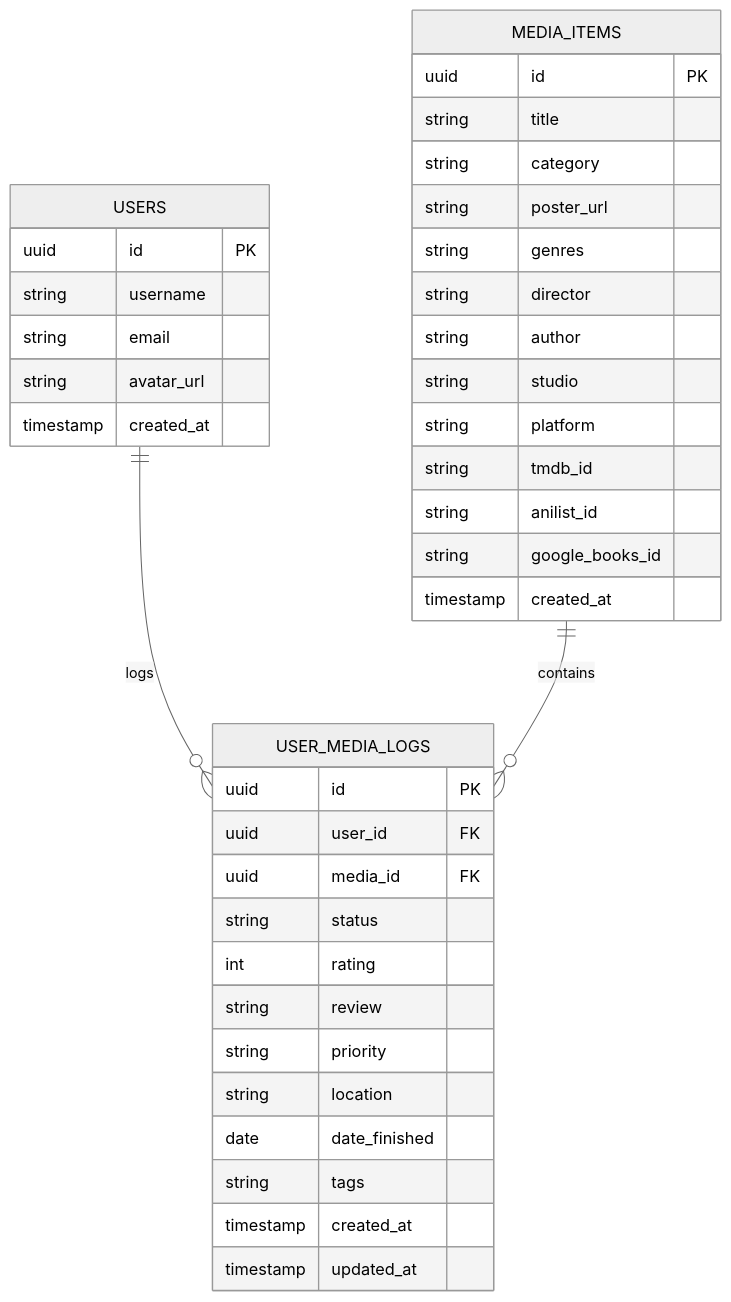
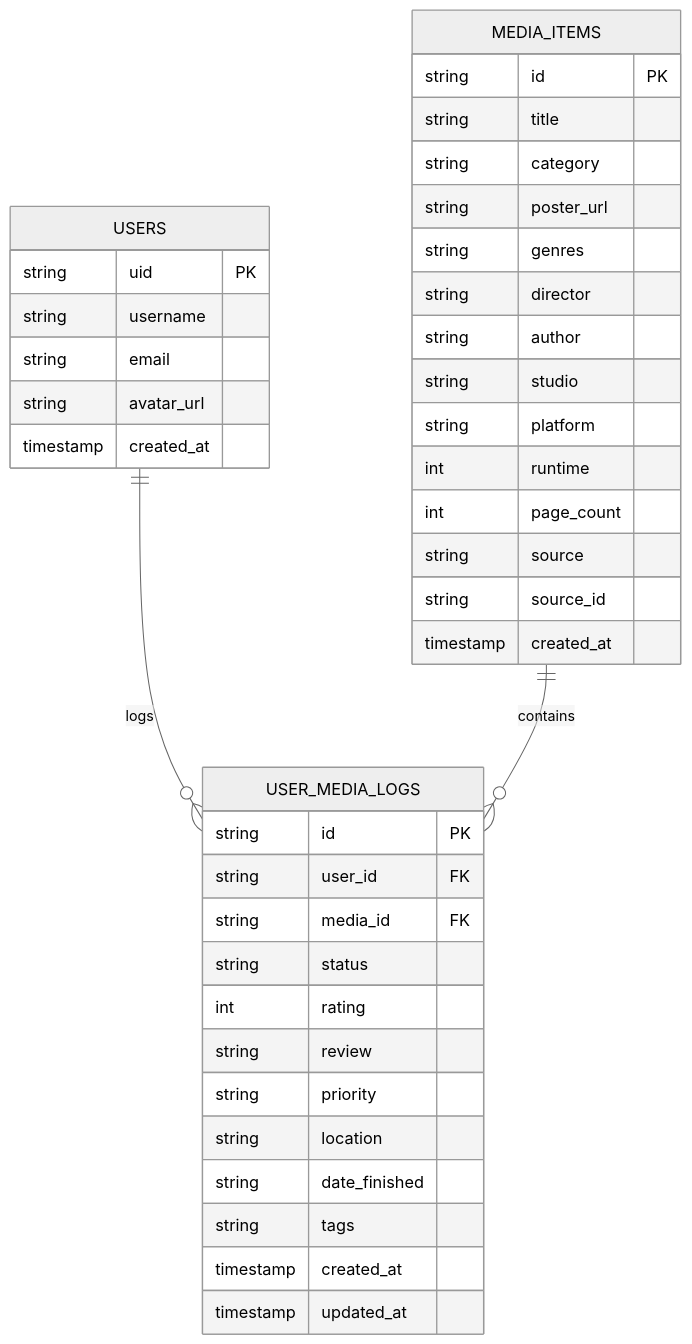
The first of 2 diagrams in EXPANSION_PLAN.md (SaarangArora11/media_tracker), drawn with Mermaid (neutral theme) before and after one commit. The commit also changed other lines of this file and 20 other files, not shown here.

````diff
--- a/EXPANSION_PLAN.md
+++ b/EXPANSION_PLAN.md
@@ -48,44 +39,45 @@
 ```mermaid
 erDiagram
     USERS ||--o{ USER_MEDIA_LOGS : logs
     MEDIA_ITEMS ||--o{ USER_MEDIA_LOGS : contains
 
     USERS {
-        uuid id PK
+        string uid PK
         string username
         string email
         string avatar_url
         timestamp created_at
     }
 
     MEDIA_ITEMS {
-        uuid id PK
+        string id PK
         string title
         string category
         string poster_url
         string genres
         string director
         string author
         string studio
         string platform
-        string tmdb_id
-        string anilist_id
-        string google_books_id
+        int runtime
+        int page_count
+        string source
+        string source_id
         timestamp created_at
     }
 
     USER_MEDIA_LOGS {
-        uuid id PK
-        uuid user_id FK
-        uuid media_id FK
+        string id PK
+        string user_id FK
+        string media_id FK
         string status
         int rating
         string review
         string priority
         string location
-        date date_finished
+        string date_finished
         string tags
         timestamp created_at
         timestamp updated_at
     }
 ```
````
